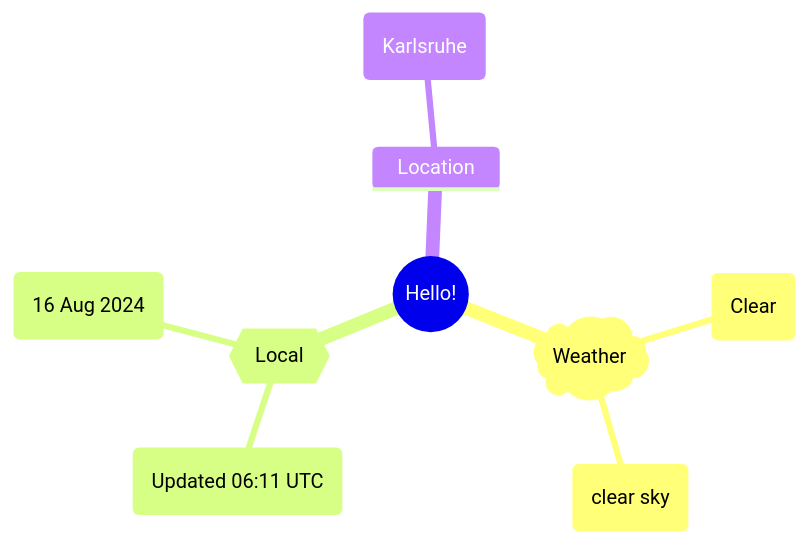
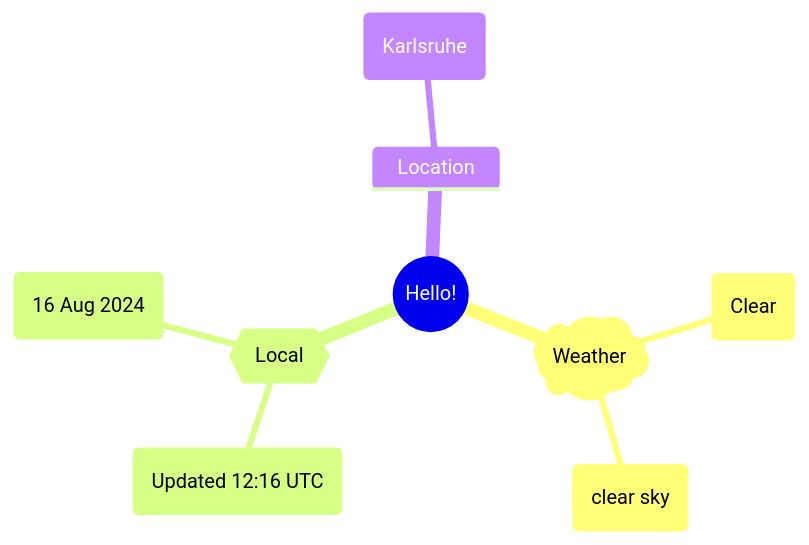
One commit to Xosrov/Xosrov changed the first of 2 diagrams in README.md. Above: the diagram before and after it, drawn with Mermaid.

Commit message:
[bot] updated images

````diff
--- a/README.md
+++ b/README.md
@@ -3,12 +3,12 @@
 ```mermaid
 mindmap
   root((Hello!))
     )Weather(
         (Clear)
         (clear sky)
     {{Local}}
-        (Updated 06:11 UTC)
+        (Updated 12:16 UTC)
         (16 Aug 2024)
     Location
         (Karlsruhe)
 ```
````
